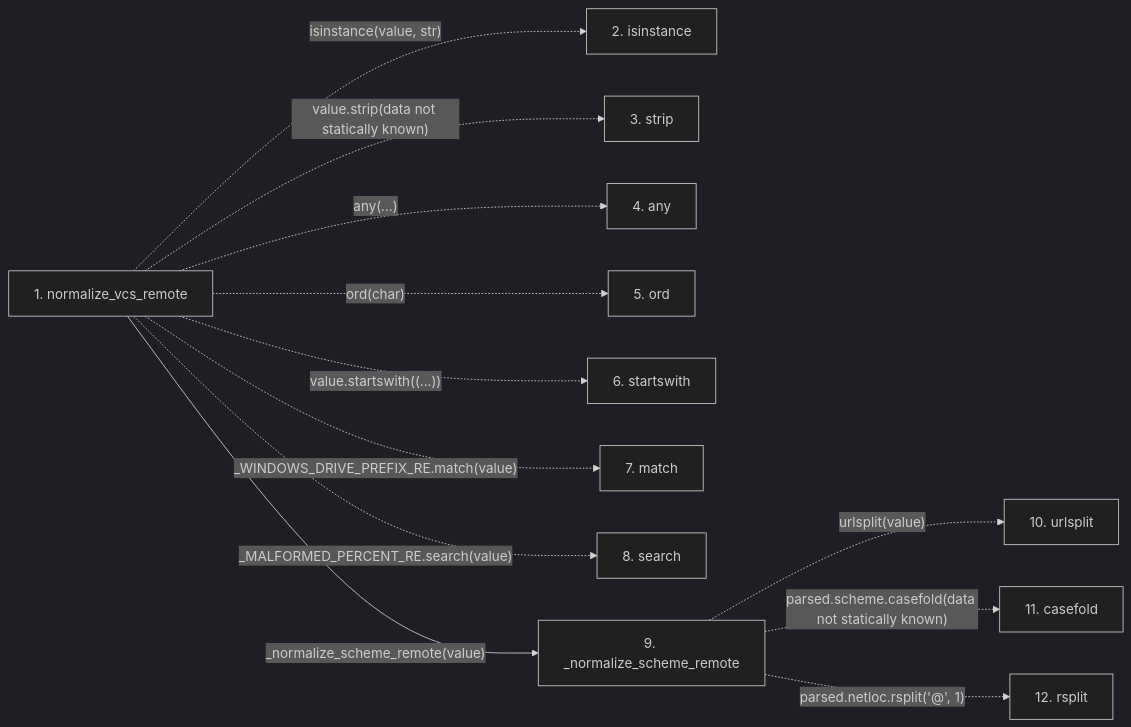
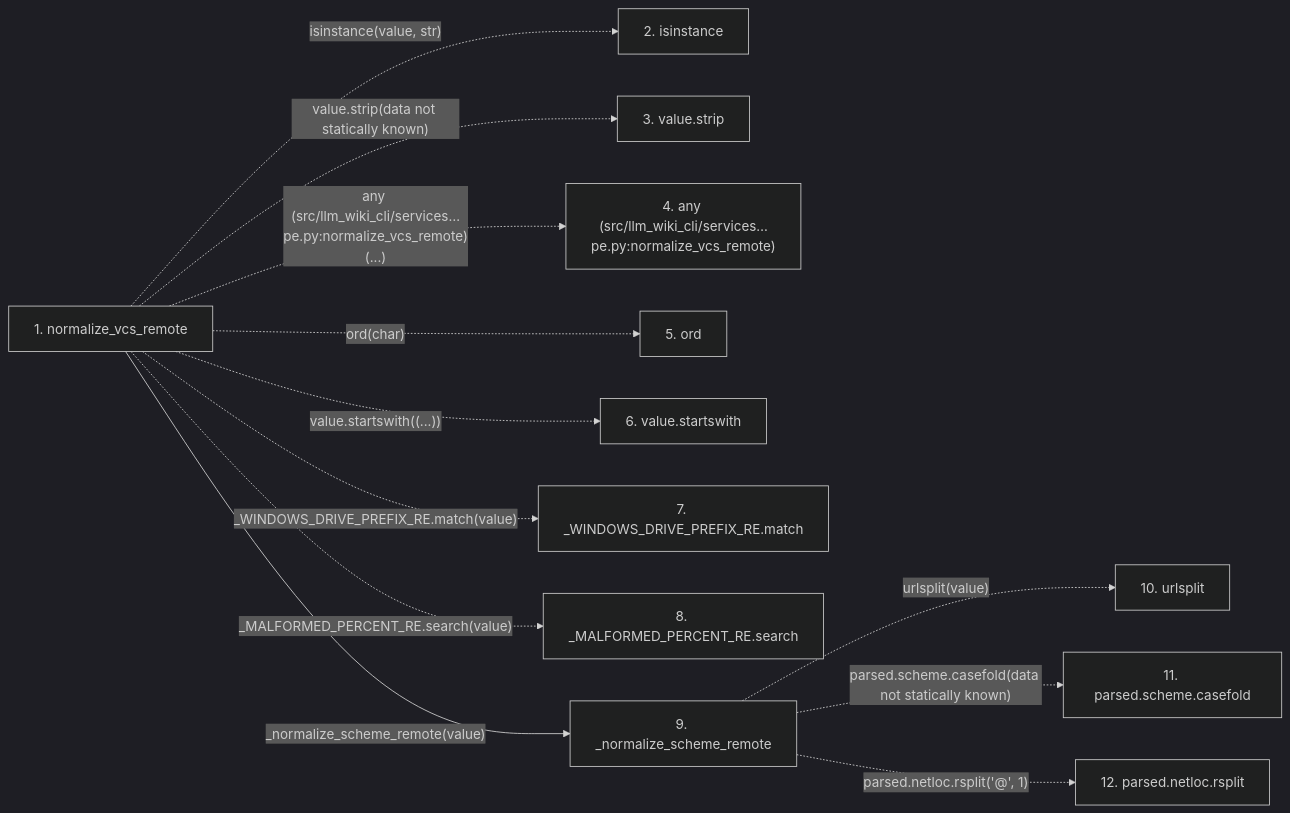
Before and after one commit to Denissvgn/python-wiki-llm: the second of 2 diagrams in docs/llm_wiki/flows/api-normalize_vcs_remote.md, drawn with Mermaid (dark theme). The commit also changed other lines of this file and 719 other files, not shown here.

````diff
--- a/docs/llm_wiki/flows/api-normalize_vcs_remote.md
+++ b/docs/llm_wiki/flows/api-normalize_vcs_remote.md
@@ -71,28 +79,28 @@
 ```mermaid
 flowchart LR
     s1["1. normalize_vcs_remote"]
     s2["2. isinstance"]
-    s3["3. strip"]
-    s4["4. any"]
+    s3["3. value.strip"]
+    s4["4. any (src/llm_wiki_cli/services…pe.py:normalize_vcs_remote)"]
     s5["5. ord"]
-    s6["6. startswith"]
-    s7["7. match"]
-    s8["8. search"]
+    s6["6. value.startswith"]
+    s7["7. _WINDOWS_DRIVE_PREFIX_RE.match"]
+    s8["8. _MALFORMED_PERCENT_RE.search"]
     s9["9. _normalize_scheme_remote"]
     s10["10. urlsplit"]
-    s11["11. casefold"]
-    s12["12. rsplit"]
+    s11["11. parsed.scheme.casefold"]
+    s12["12. parsed.netloc.rsplit"]
     s1 -. "isinstance(value, str)" .-> s2
     s1 -. "value.strip(data not statically known)" .-> s3
-    s1 -. "any(...)" .-> s4
+    s1 -. "any (src/llm_wiki_cli/services…pe.py:normalize_vcs_remote)(...)" .-> s4
     s1 -. "ord(char)" .-> s5
     s1 -. "value.startswith((...))" .-> s6
     s1 -. "_WINDOWS_DRIVE_PREFIX_RE.match(value)" .-> s7
     s1 -. "_MALFORMED_PERCENT_RE.search(value)" .-> s8
     s1 -->|"_normalize_scheme_remote(value)"| s9
     s9 -. "urlsplit(value)" .-> s10
     s9 -. "parsed.scheme.casefold(data not statically known)" .-> s11
     s9 -. "parsed.netloc.rsplit('@', 1)" .-> s12
     click s1 "../modules/knowledge_envelope.md"
     click s9 "../modules/knowledge_envelope.md"
 ```
````
